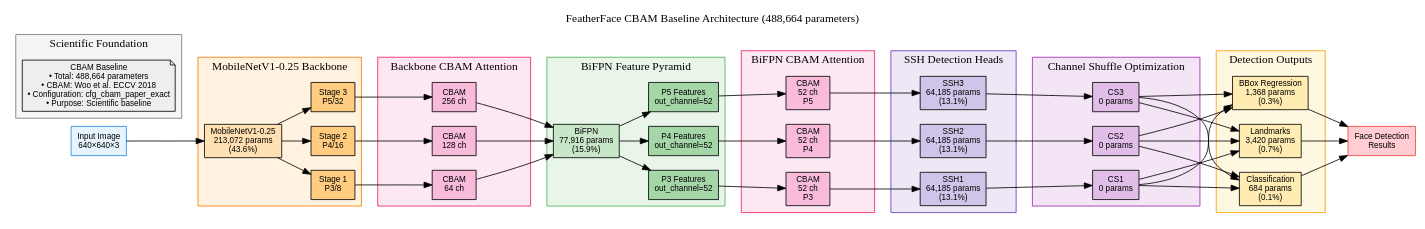
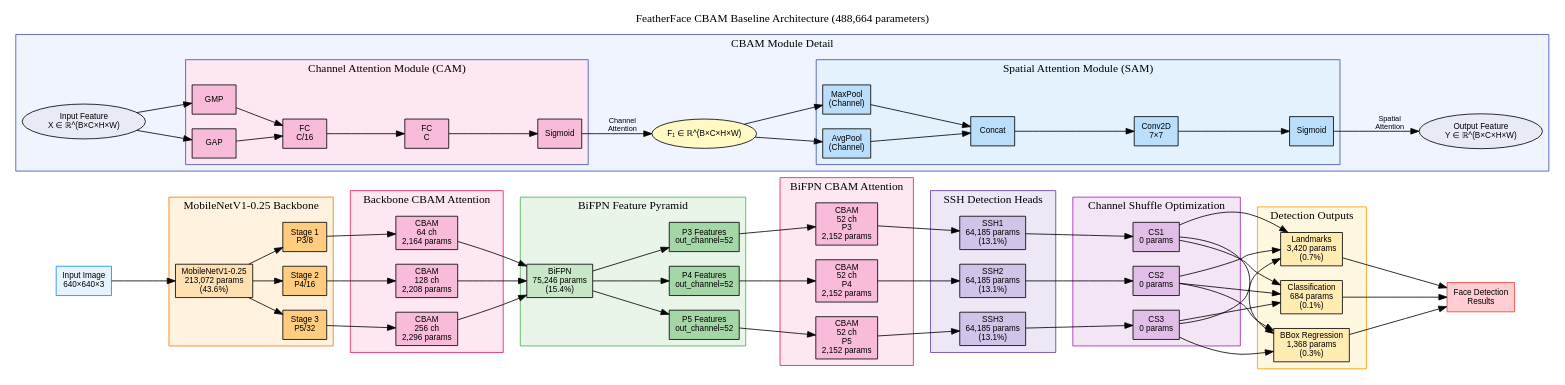
One commit to fokouarnaud/FeatherFace changed the diagram in diagrams/cbam_baseline_architecture.dot. Above: the diagram before and after it, drawn with Graphviz. The commit also changed 30 other files, not shown here.

```diff
--- a/diagrams/cbam_baseline_architecture.dot
+++ b/diagrams/cbam_baseline_architecture.dot
@@ -33,9 +33,9 @@
         fillcolor="#FDE7F3";
         color="#E91E63";
         
-        backbone_cbam1 [label="CBAM\n64 ch", fillcolor="#F8BBD9"];
-        backbone_cbam2 [label="CBAM\n128 ch", fillcolor="#F8BBD9"];
-        backbone_cbam3 [label="CBAM\n256 ch", fillcolor="#F8BBD9"];
+        backbone_cbam1 [label="CBAM\n64 ch\n2,164 params", fillcolor="#F8BBD9"];
+        backbone_cbam2 [label="CBAM\n128 ch\n2,208 params", fillcolor="#F8BBD9"];
+        backbone_cbam3 [label="CBAM\n256 ch\n2,296 params", fillcolor="#F8BBD9"];
     }
     
     // Feature Pyramid Network
@@ -45,7 +45,7 @@
         fillcolor="#E8F5E8";
         color="#4CAF50";
         
-        bifpn [label="BiFPN\n77,916 params\n(15.9%)", fillcolor="#C8E6C8"];
+        bifpn [label="BiFPN\n75,246 params\n(15.4%)", fillcolor="#C8E6C8"];
         p3_out [label="P3 Features\nout_channel=52", fillcolor="#A5D6A7"];
         p4_out [label="P4 Features\nout_channel=52", fillcolor="#A5D6A7"];
         p5_out [label="P5 Features\nout_channel=52", fillcolor="#A5D6A7"];
@@ -58,9 +58,9 @@
         fillcolor="#FDE7F3";
         color="#E91E63";
         
-        bifpn_cbam1 [label="CBAM\n52 ch\nP3", fillcolor="#F8BBD9"];
-        bifpn_cbam2 [label="CBAM\n52 ch\nP4", fillcolor="#F8BBD9"];
-        bifpn_cbam3 [label="CBAM\n52 ch\nP5", fillcolor="#F8BBD9"];
+        bifpn_cbam1 [label="CBAM\n52 ch\nP3\n2,152 params", fillcolor="#F8BBD9"];
+        bifpn_cbam2 [label="CBAM\n52 ch\nP4\n2,152 params", fillcolor="#F8BBD9"];
+        bifpn_cbam3 [label="CBAM\n52 ch\nP5\n2,152 params", fillcolor="#F8BBD9"];
     }
     
     // SSH Detection Heads
@@ -101,6 +101,63 @@
     
     // Final Outputs
     output [label="Face Detection\nResults", fillcolor="#FFCDD2", color="#F44336"];
+    
+    // CBAM Module Detail
+    subgraph cluster_cbam_detail {
+        label="CBAM Module Detail";
+        style=filled;
+        fillcolor="#F0F4FF";
+        color="#3F51B5";
+        
+        detail_input [label="Input Feature\nX ∈ ℝ^(B×C×H×W)", fillcolor="#E8EAF6", shape=ellipse];
+        
+        // Channel Attention Module (CAM)
+        subgraph cluster_cam {
+            label="Channel Attention Module (CAM)";
+            style=filled;
+            fillcolor="#FDE7F3";
+            
+            cam_gap [label="GAP", fillcolor="#F8BBD9"];
+            cam_gmp [label="GMP", fillcolor="#F8BBD9"];
+            cam_fc1 [label="FC\nC/16", fillcolor="#F8BBD9"];
+            cam_fc2 [label="FC\nC", fillcolor="#F8BBD9"];
+            cam_sigmoid [label="Sigmoid", fillcolor="#F8BBD9"];
+        }
+        
+        cam_intermediate [label="F₁ ∈ ℝ^(B×C×H×W)", fillcolor="#FFF9C4", shape=ellipse];
+        
+        // Spatial Attention Module (SAM)
+        subgraph cluster_sam {
+            label="Spatial Attention Module (SAM)";
+            style=filled;
+            fillcolor="#E3F2FD";
+            
+            sam_avgpool [label="AvgPool\n(Channel)", fillcolor="#BBDEFB"];
+            sam_maxpool [label="MaxPool\n(Channel)", fillcolor="#BBDEFB"];
+            sam_concat [label="Concat", fillcolor="#BBDEFB"];
+            sam_conv7x7 [label="Conv2D\n7×7", fillcolor="#BBDEFB"];
+            sam_sigmoid [label="Sigmoid", fillcolor="#BBDEFB"];
+        }
+        
+        detail_output [label="Output Feature\nY ∈ ℝ^(B×C×H×W)", fillcolor="#E8EAF6", shape=ellipse];
+        
+        // CBAM Detail Connections
+        detail_input -> cam_gap;
+        detail_input -> cam_gmp;
+        cam_gap -> cam_fc1;
+        cam_gmp -> cam_fc1;
+        cam_fc1 -> cam_fc2;
+        cam_fc2 -> cam_sigmoid;
+        cam_sigmoid -> cam_intermediate [label="Channel\nAttention"];
+        
+        cam_intermediate -> sam_avgpool;
+        cam_intermediate -> sam_maxpool;
+        sam_avgpool -> sam_concat;
+        sam_maxpool -> sam_concat;
+        sam_concat -> sam_conv7x7;
+        sam_conv7x7 -> sam_sigmoid;
+        sam_sigmoid -> detail_output [label="Spatial\nAttention"];
+    }
     
     // Connections
     input -> mobilenet;
@@ -146,15 +203,4 @@
     class_head -> output;
     bbox_head -> output;
     landmark_head -> output;
-    
-    // Scientific details
-    subgraph cluster_details {
-        label="Scientific Foundation";
-        style=filled;
-        fillcolor="#F5F5F5";
-        color="#757575";
-        
-        details [label="CBAM Baseline\n• Total: 488,664 parameters\n• CBAM: Woo et al. ECCV 2018\n• Configuration: cfg_cbam_paper_exact\n• Purpose: Scientific baseline", 
-                fillcolor="#EEEEEE", shape=note];
-    }
 }
```
